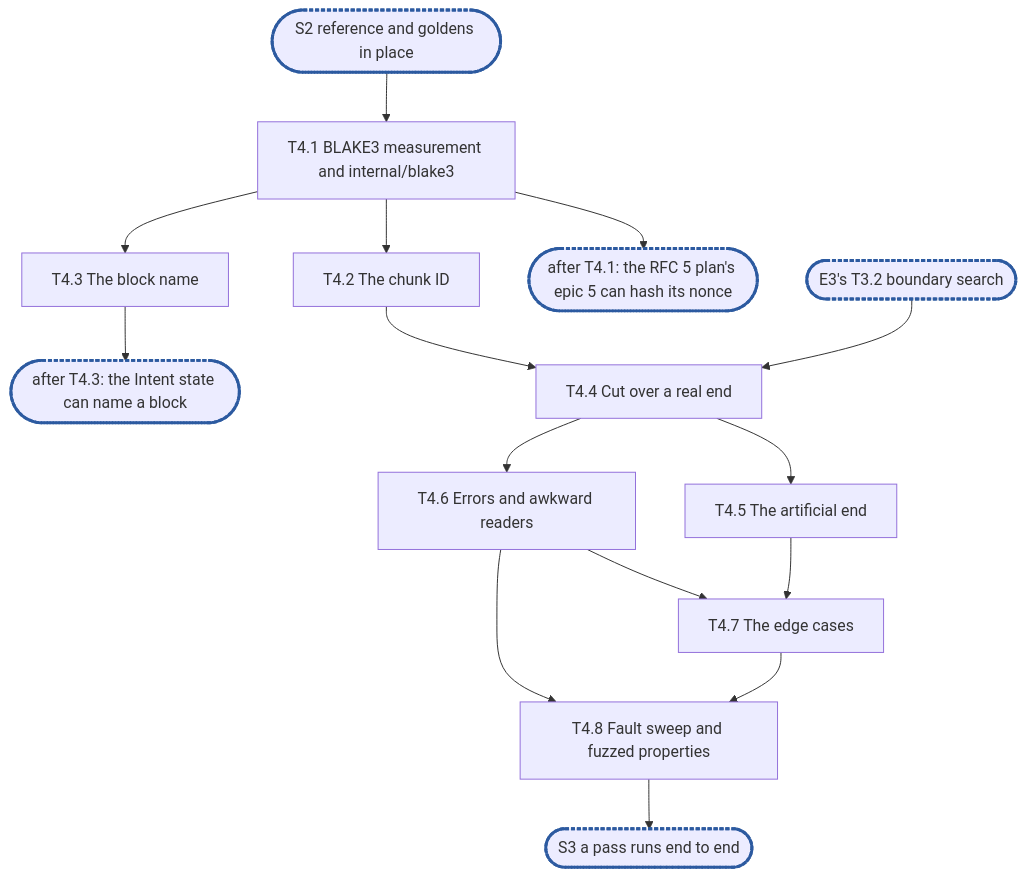
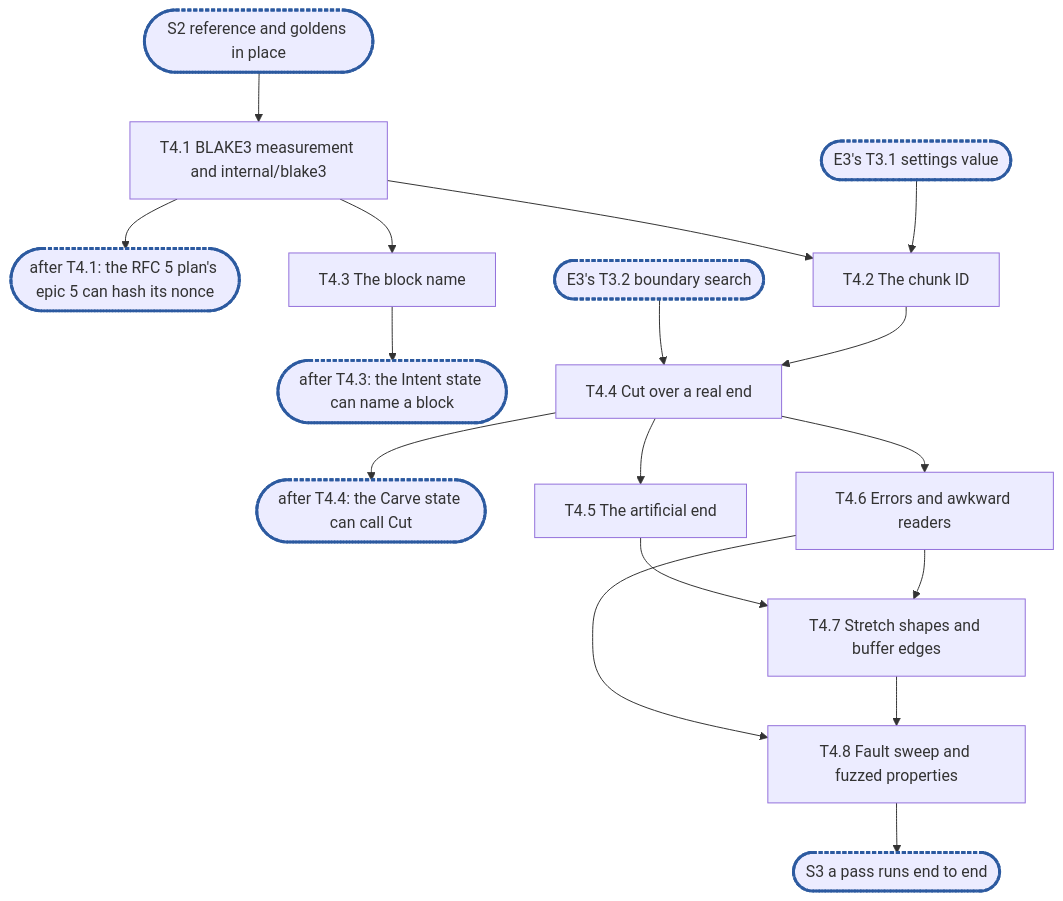
The diagram in .planning/rfc-2-carver-epic4.md (cubbit/dittofs), drawn with Mermaid before and after one commit. The commit also changed other lines of this file, not shown here.

Commit message:
docs(planning): fold the review passes into RFC 2 epic 4

````diff
--- a/.planning/rfc-2-carver-epic4.md
+++ b/.planning/rfc-2-carver-epic4.md
@@ -652,16 +682,18 @@
 ```mermaid
 flowchart TD
   S2(["S2 reference and goldens in place"]):::sync --> T4_1["T4.1 BLAKE3 measurement and internal/blake3"]
-  T4_1 --> C1(["after T4.1: the RFC 5 plan's epic 5 can hash its nonce"]):::sync
+  T4_1 --> CP1(["after T4.1: the RFC 5 plan's epic 5 can hash its nonce"]):::sync
   T4_1 --> T4_2["T4.2 The chunk ID"]
+  E3_1(["E3's T3.1 settings value"]):::sync --> T4_2
   T4_1 --> T4_3["T4.3 The block name"]
-  E3(["E3's T3.2 boundary search"]):::sync --> T4_4["T4.4 Cut over a real end"]
+  T4_3 --> CP2(["after T4.3: the Intent state can name a block"]):::sync
+  E3_2(["E3's T3.2 boundary search"]):::sync --> T4_4["T4.4 Cut over a real end"]
   T4_2 --> T4_4
-  T4_3 --> C2(["after T4.3: the Intent state can name a block"]):::sync
+  T4_4 --> CP3(["after T4.4: the Carve state can call Cut"]):::sync
   T4_4 --> T4_5["T4.5 The artificial end"]
   T4_4 --> T4_6["T4.6 Errors and awkward readers"]
-  T4_5 & T4_6 --> T4_7["T4.7 The edge cases"]
+  T4_5 & T4_6 --> T4_7["T4.7 Stretch shapes and buffer edges"]
   T4_6 & T4_7 --> T4_8["T4.8 Fault sweep and fuzzed properties"]
   T4_8 --> S3(["S3 a pass runs end to end"]):::sync
   classDef sync stroke:#2c5aa0,stroke-width:3px,stroke-dasharray:4 2
 ```
````
